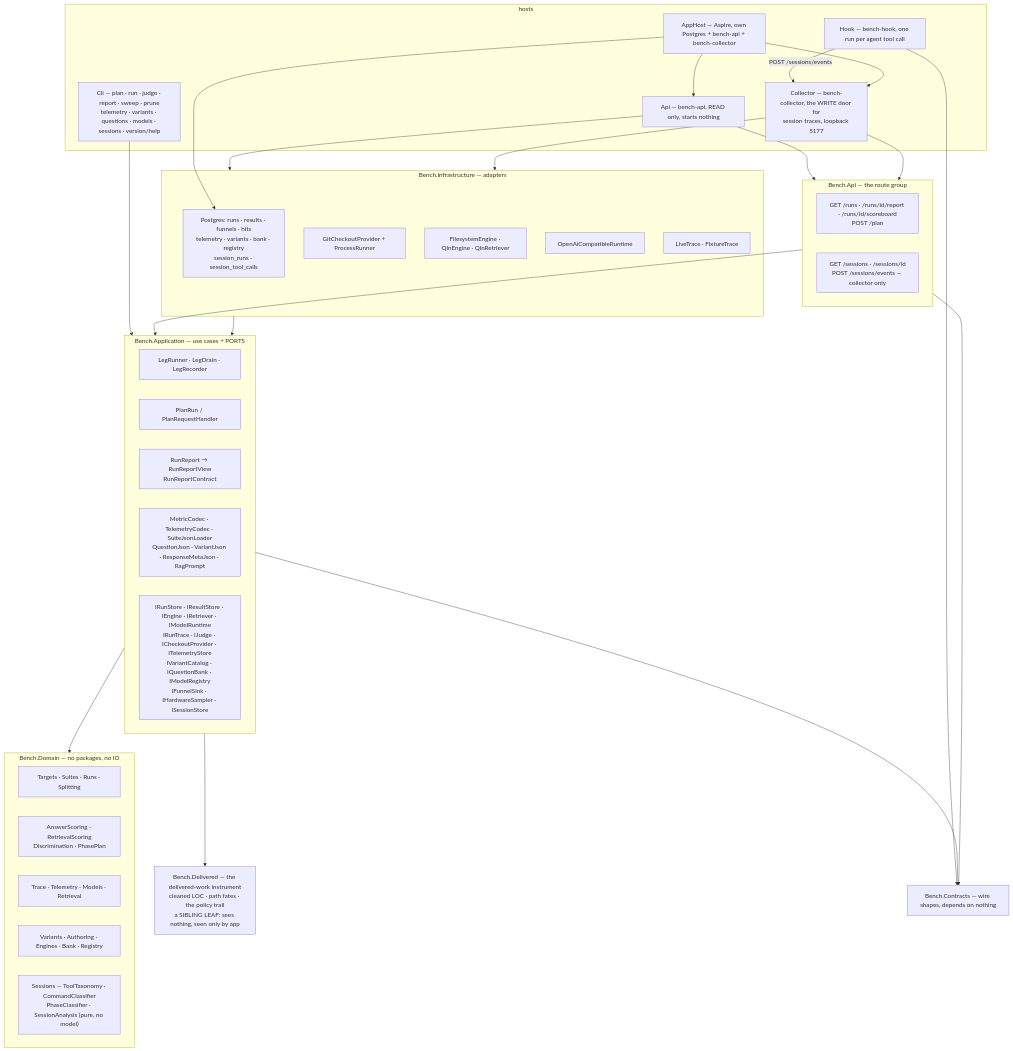
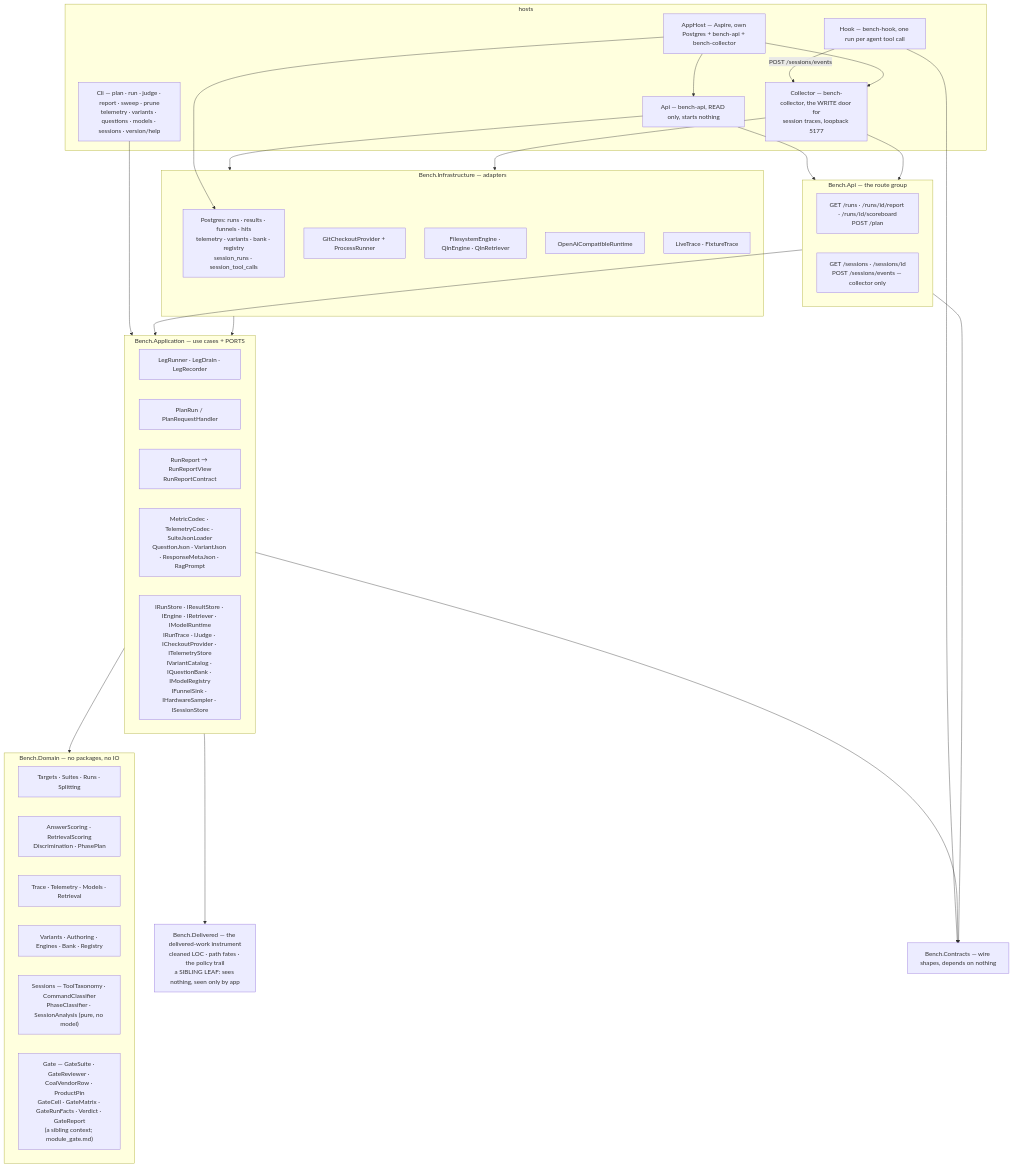
One commit to oleksandrdubyna88/dew_flow_benchmark changed the first of 2 diagrams in research/architecture.md. Above: the diagram before and after it, drawn with Mermaid. The commit also changed other lines of this file and 4 other files, not shown here.

First line of the commit message:
docs(gate): module_gate.md, the sibling context in architecture.md, E1 ticked with its deviations

````diff
--- a/research/architecture.md
+++ b/research/architecture.md
@@ -19,54 +19,55 @@
 ```mermaid
 flowchart TB
     subgraph hosts["hosts"]
         cli["Cli — plan · run · judge · report · sweep · prune<br/>telemetry · variants · questions · models · sessions · version/help"]
         apihost["Api — bench-api, READ only, starts nothing"]
         collector["Collector — bench-collector, the WRITE door for<br/>session traces, loopback 5177"]
         hook["Hook — bench-hook, one run per agent tool call"]
         apphost["AppHost — Aspire, own Postgres + bench-api + bench-collector"]
     end
     subgraph api["Bench.Api — the route group"]
         routes["GET /runs · /runs/id/report · /runs/id/scoreboard<br/>POST /plan"]
         sessionroutes["GET /sessions · /sessions/id<br/>POST /sessions/events — collector only"]
     end
     subgraph app["Bench.Application — use cases + PORTS"]
         runner["LegRunner · LegDrain · LegRecorder"]
         plan["PlanRun / PlanRequestHandler"]
         report["RunReport → RunReportView<br/>RunReportContract"]
         codecs["MetricCodec · TelemetryCodec · SuiteJsonLoader<br/>QuestionJson · VariantJson · ResponseMetaJson · RagPrompt"]
         ports["IRunStore · IResultStore · IEngine · IRetriever · IModelRuntime<br/>IRunTrace · IJudge · ICheckoutProvider · ITelemetryStore<br/>IVariantCatalog · IQuestionBank · IModelRegistry<br/>IFunnelSink · IHardwareSampler · ISessionStore"]
     end
     subgraph dom["Bench.Domain — no packages, no IO"]
         contract["Targets · Suites · Runs · Splitting"]
         scoring["AnswerScoring · RetrievalScoring<br/>Discrimination · PhasePlan"]
         obs["Trace · Telemetry · Models · Retrieval"]
         axes["Variants · Authoring · Engines · Bank · Registry"]
         sessions["Sessions — ToolTaxonomy · CommandClassifier<br/>PhaseClassifier · SessionAnalysis (pure, no model)"]
+        gate["Gate — GateSuite · GateReviewer · CoaiVendorRow · ProductPin<br/>GateCell · GateMatrix · GateRunFacts · Verdict · GateReport<br/>(a sibling context; module_gate.md)"]
     end
     subgraph infra["Bench.Infrastructure — adapters"]
         pg["Postgres: runs · results · funnels · hits<br/>telemetry · variants · bank · registry<br/>session_runs · session_tool_calls"]
         git["GitCheckoutProvider + ProcessRunner"]
         eng["FilesystemEngine · QlnEngine · QlnRetriever"]
         rt["OpenAiCompatibleRuntime"]
         tr["LiveTrace · FixtureTrace"]
     end
     contracts["Bench.Contracts — wire shapes, depends on nothing"]
     delivered["Bench.Delivered — the delivered-work instrument<br/>cleaned LOC · path fates · the policy trail<br/>a SIBLING LEAF: sees nothing, seen only by app"]
 
     cli --> app
     apihost --> api
     apihost --> infra
     collector --> api
     collector --> infra
     hook -- "POST /sessions/events" --> collector
     api --> app
     apphost --> pg
     apphost --> apihost
     apphost --> collector
     app --> dom
     app --> delivered
     infra --> app
     app --> contracts
     api --> contracts
     hook --> contracts
 ```
````
